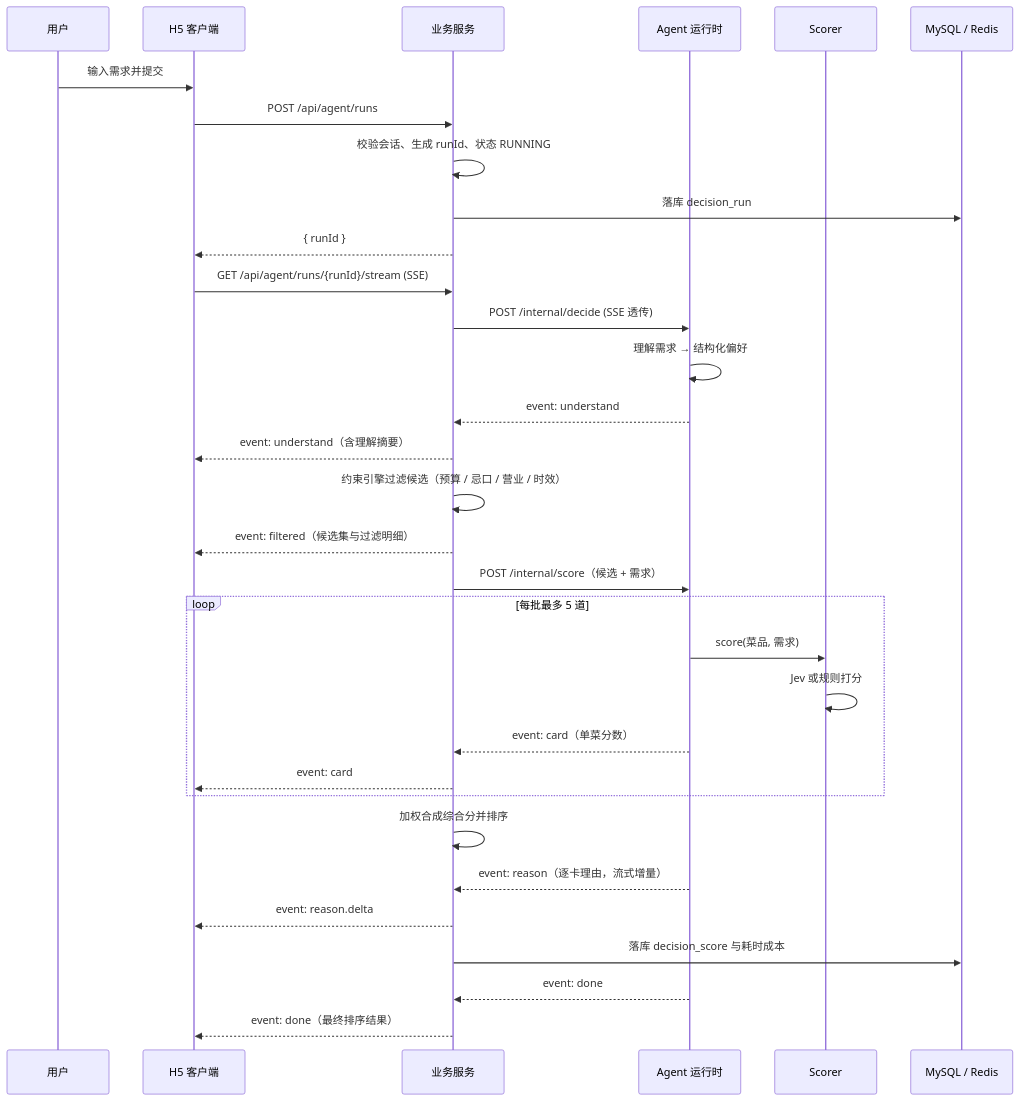
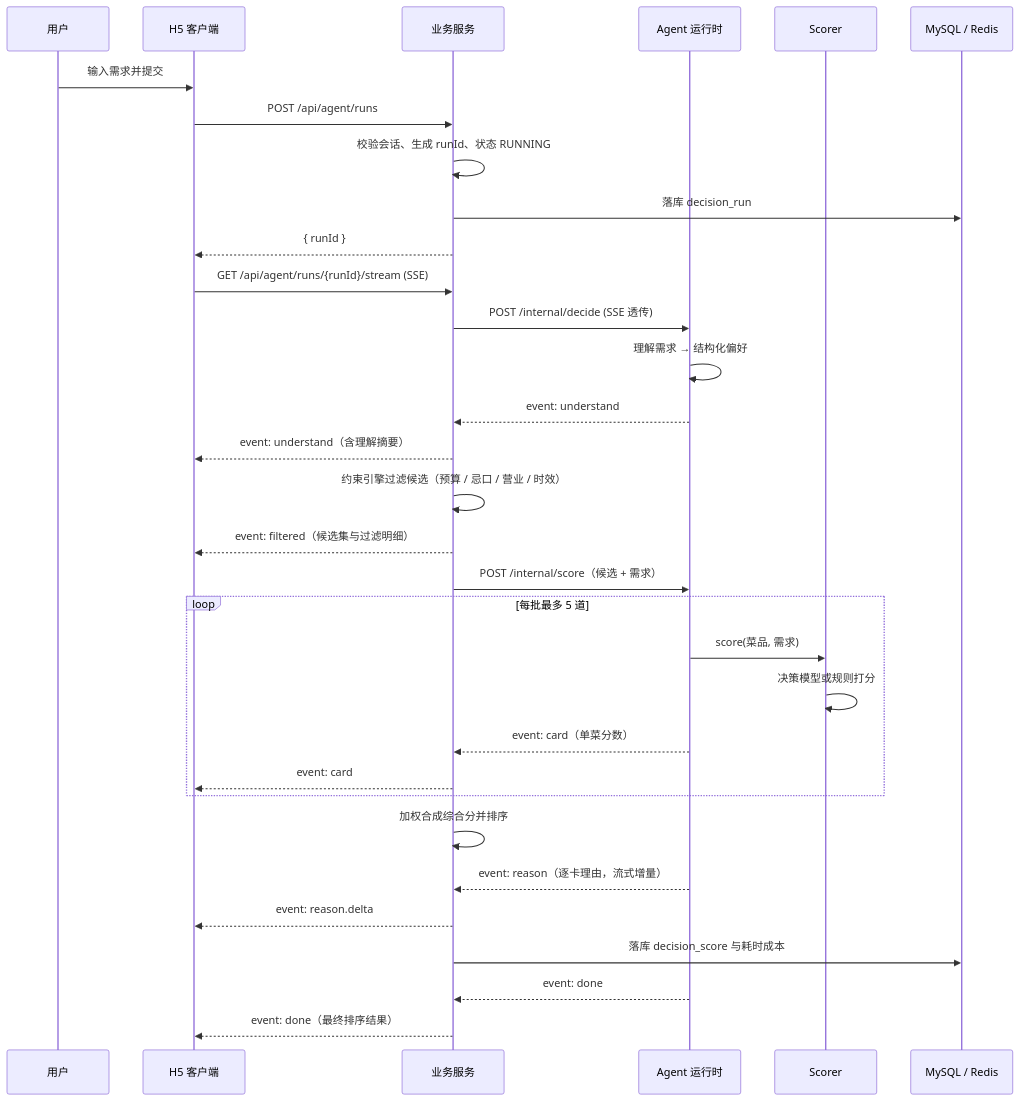
Before and after one commit to yanghheda/mealmind: the second of 7 diagrams in docs/tech-design.md, drawn with Mermaid. The commit also changed other lines of this file and 2 other files, not shown here.

````diff
--- a/docs/tech-design.md
+++ b/docs/tech-design.md
@@ -125,35 +125,35 @@
 ```mermaid
 sequenceDiagram
     participant U as 用户
     participant H5 as H5 客户端
     participant B as 业务服务
     participant A as Agent 运行时
     participant S as Scorer
     participant DB as MySQL / Redis
 
     U->>H5: 输入需求并提交
     H5->>B: POST /api/agent/runs
     B->>B: 校验会话、生成 runId、状态 RUNNING
     B->>DB: 落库 decision_run
     B-->>H5: { runId }
     H5->>B: GET /api/agent/runs/{runId}/stream (SSE)
     B->>A: POST /internal/decide (SSE 透传)
     A->>A: 理解需求 → 结构化偏好
     A-->>B: event: understand
     B-->>H5: event: understand（含理解摘要）
     B->>B: 约束引擎过滤候选（预算 / 忌口 / 营业 / 时效）
     B-->>H5: event: filtered（候选集与过滤明细）
     B->>A: POST /internal/score（候选 + 需求）
     loop 每批最多 5 道
         A->>S: score(菜品, 需求)
-        S->>S: Jev 或规则打分
+        S->>S: 决策模型或规则打分
         A-->>B: event: card（单菜分数）
         B-->>H5: event: card
     end
     B->>B: 加权合成综合分并排序
     A-->>B: event: reason（逐卡理由，流式增量）
     B-->>H5: event: reason.delta
     B->>DB: 落库 decision_score 与耗时成本
     A-->>B: event: done
     B-->>H5: event: done（最终排序结果）
 ```
````
